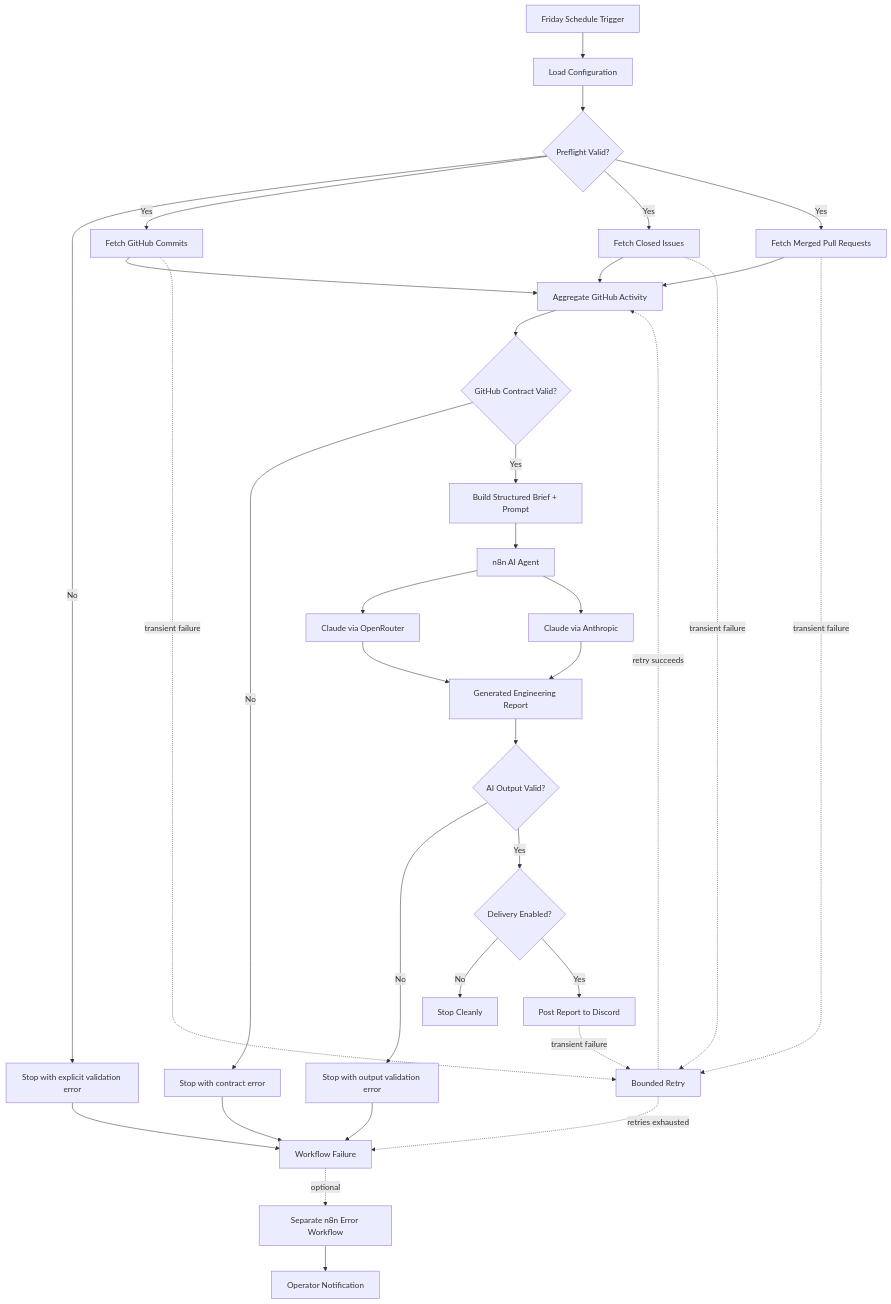
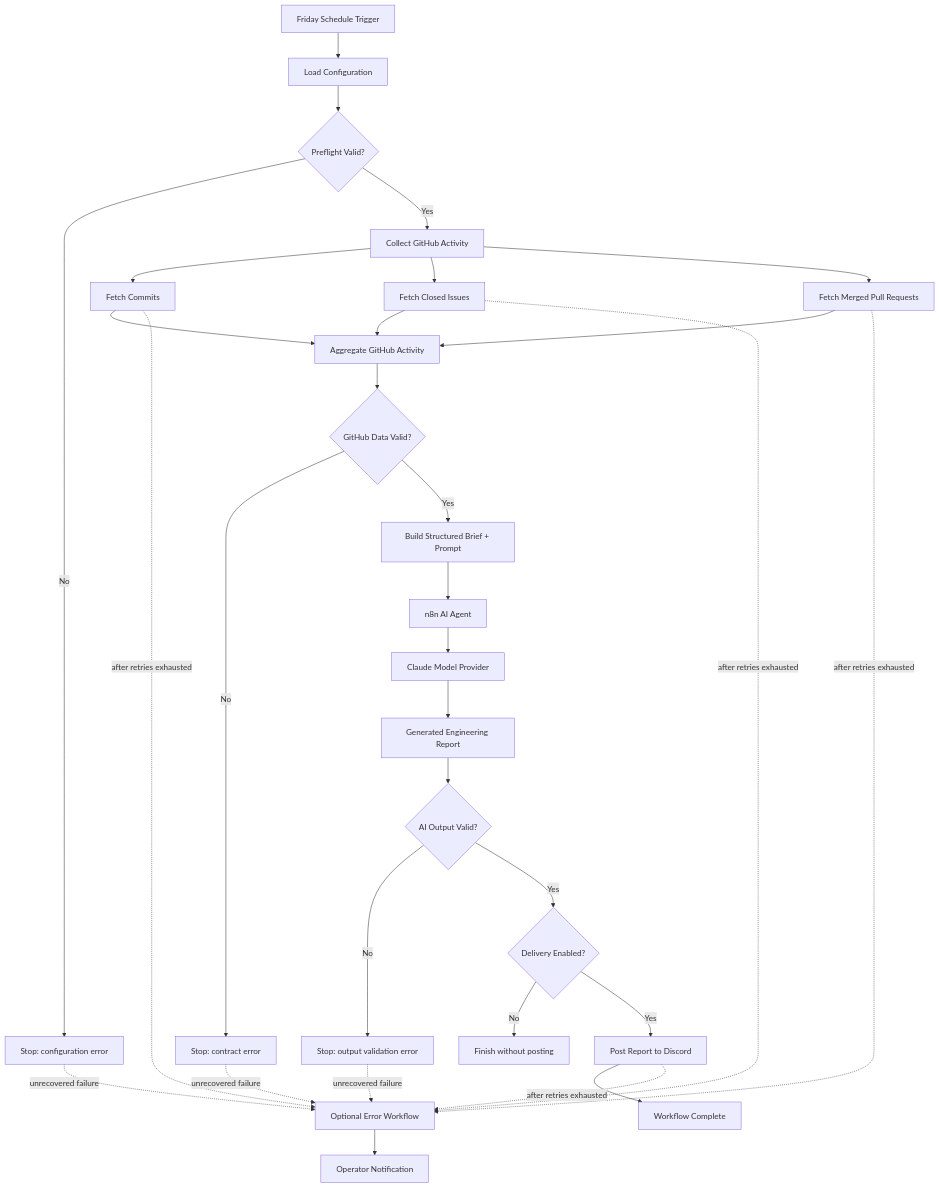
The diagram in README.md (Exnav29/n8n-weekly-github-dev-summary), drawn with Mermaid before and after one commit. The commit also changed other lines of this file, not shown here.

Commit message:
Clarify Mermaid architecture flow

````diff
--- a/README.md
+++ b/README.md
@@ -89,45 +89,41 @@
 ```mermaid
 flowchart TD
     A[Friday Schedule Trigger] --> B[Load Configuration]
     B --> C{Preflight Valid?}
 
-    C -- No --> X1[Stop with explicit validation error]
-    C -- Yes --> D1[Fetch GitHub Commits]
-    C -- Yes --> D2[Fetch Closed Issues]
-    C -- Yes --> D3[Fetch Merged Pull Requests]
+    C -- No --> X1[Stop: configuration error]
+    C -- Yes --> D[Collect GitHub Activity]
+
+    D --> D1[Fetch Commits]
+    D --> D2[Fetch Closed Issues]
+    D --> D3[Fetch Merged Pull Requests]
 
     D1 --> E[Aggregate GitHub Activity]
     D2 --> E
     D3 --> E
 
-    E --> F{GitHub Contract Valid?}
-    F -- No --> X2[Stop with contract error]
+    E --> F{GitHub Data Valid?}
+    F -- No --> X2[Stop: contract error]
     F -- Yes --> G[Build Structured Brief + Prompt]
 
     G --> H[n8n AI Agent]
-    H --> I1[Claude via OpenRouter]
-    H --> I2[Claude via Anthropic]
-
-    I1 --> J[Generated Engineering Report]
-    I2 --> J
+    H --> I[Claude Model Provider]
+    I --> J[Generated Engineering Report]
 
     J --> K{AI Output Valid?}
-    K -- No --> X3[Stop with output validation error]
+    K -- No --> X3[Stop: output validation error]
     K -- Yes --> L{Delivery Enabled?}
 
-    L -- No --> M[Stop Cleanly]
+    L -- No --> M[Finish without posting]
     L -- Yes --> N[Post Report to Discord]
+    N --> O[Workflow Complete]
 
-    D1 -. transient failure .-> R[Bounded Retry]
-    D2 -. transient failure .-> R
-    D3 -. transient failure .-> R
-    N -. transient failure .-> R
-    R -. retry succeeds .-> E
-    R -. retries exhausted .-> ERR[Workflow Failure]
-
-    X1 --> ERR
-    X2 --> ERR
-    X3 --> ERR
-    ERR -. optional .-> OW[Separate n8n Error Workflow]
-    OW --> OP[Operator Notification]
+    X1 -. unrecovered failure .-> ERR[Optional Error Workflow]
+    X2 -. unrecovered failure .-> ERR
+    X3 -. unrecovered failure .-> ERR
+    D1 -. after retries exhausted .-> ERR
+    D2 -. after retries exhausted .-> ERR
+    D3 -. after retries exhausted .-> ERR
+    N -. after retries exhausted .-> ERR
+    ERR --> OP[Operator Notification]
 ```
````
